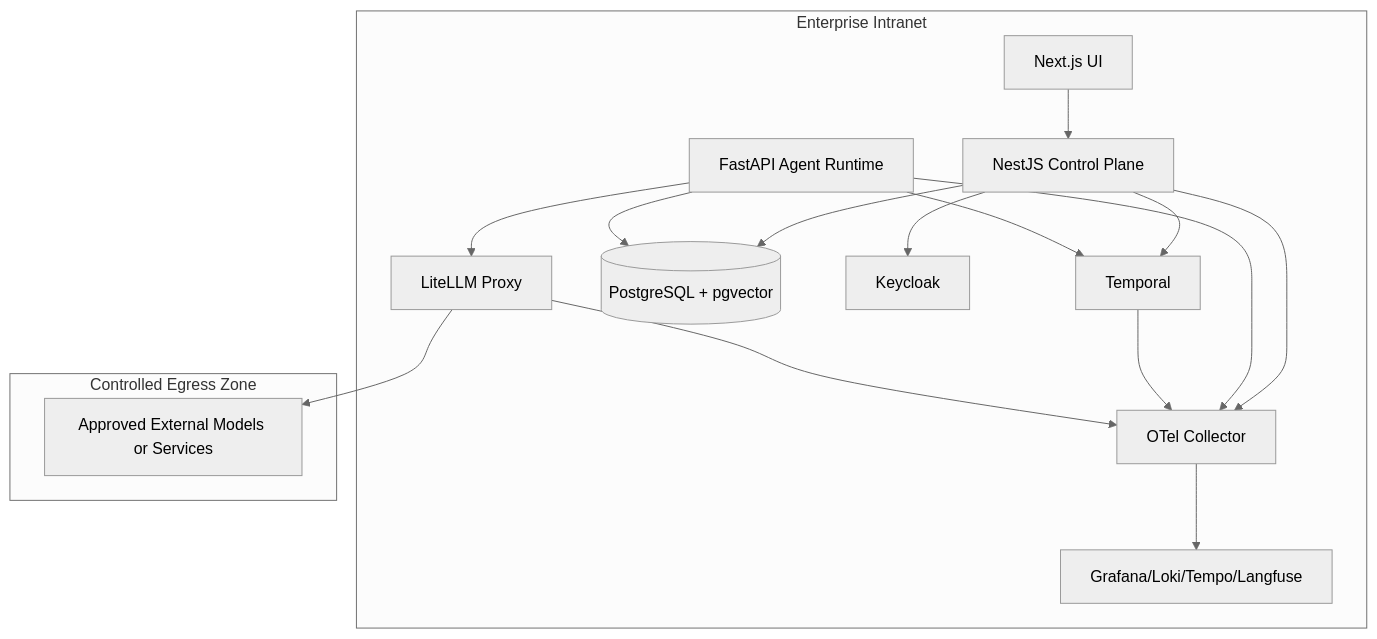
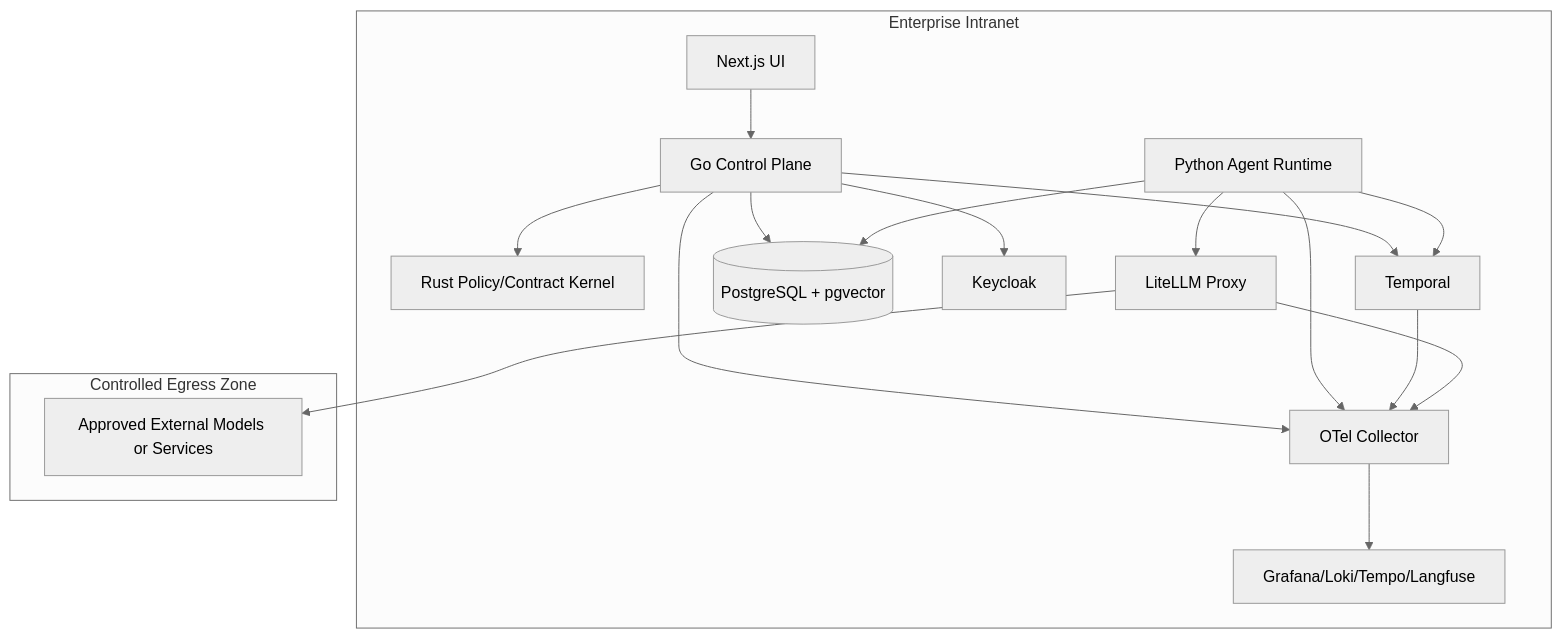
Before and after one commit to snowstorm-lightning/FreedomRealm: the diagram in docs/zh-CN/deployment-and-operations.md, drawn with Mermaid (neutral theme). The commit also changed 11 other files, not shown here.

Commit message:
docs: record control-plane language direction

````diff
--- a/docs/zh-CN/deployment-and-operations.md
+++ b/docs/zh-CN/deployment-and-operations.md
@@ -28,32 +28,34 @@
 ```mermaid
 flowchart TB
     subgraph Intranet[Enterprise Intranet]
         UI[Next.js UI]
-        API[NestJS Control Plane]
-        AR[FastAPI Agent Runtime]
+        API[Go Control Plane]
+        PK[Rust Policy/Contract Kernel]
+        AR[Python Agent Runtime]
         WF[Temporal]
         DB[(PostgreSQL + pgvector)]
         KC[Keycloak]
         OT[OTel Collector]
         OBS[Grafana/Loki/Tempo/Langfuse]
         GW[LiteLLM Proxy]
     end
 
     subgraph ControlledEgress[Controlled Egress Zone]
         EXT[Approved External Models or Services]
     end
 
     UI --> API
+    API --> PK
     API --> DB
     API --> WF
     API --> KC
     AR --> DB
     AR --> WF
     AR --> GW
     GW --> EXT
     API --> OT
     AR --> OT
     WF --> OT
     GW --> OT
     OT --> OBS
 ```
````
